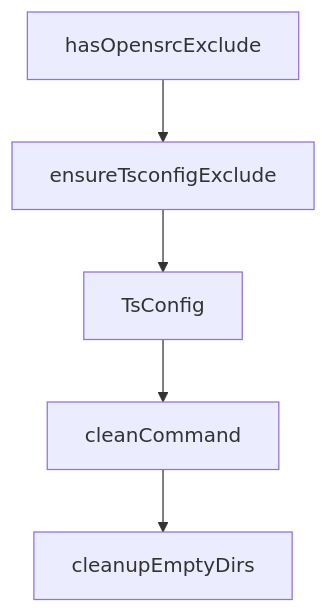
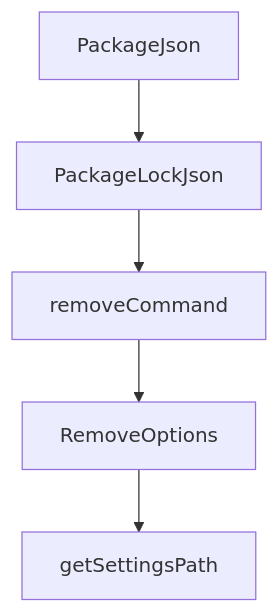
Before and after one commit to johnxie/awesome-code-docs: the diagram in tutorials/opensrc-tutorial/05-agents-md-and-sources-json-integration.md, drawn with Mermaid. The commit also changed other lines of this file and 1232 other files, not shown here.

````diff
--- a/tutorials/opensrc-tutorial/05-agents-md-and-sources-json-integration.md
+++ b/tutorials/opensrc-tutorial/05-agents-md-and-sources-json-integration.md
@@ -211,12 +209,12 @@
 ```mermaid
 flowchart TD
-    A[hasOpensrcExclude]
-    B[ensureTsconfigExclude]
-    C[TsConfig]
-    D[cleanCommand]
-    E[cleanupEmptyDirs]
+    A[PackageJson]
+    B[PackageLockJson]
+    C[removeCommand]
+    D[RemoveOptions]
+    E[getSettingsPath]
     A --> B
     B --> C
     C --> D
     D --> E
 ```
````
